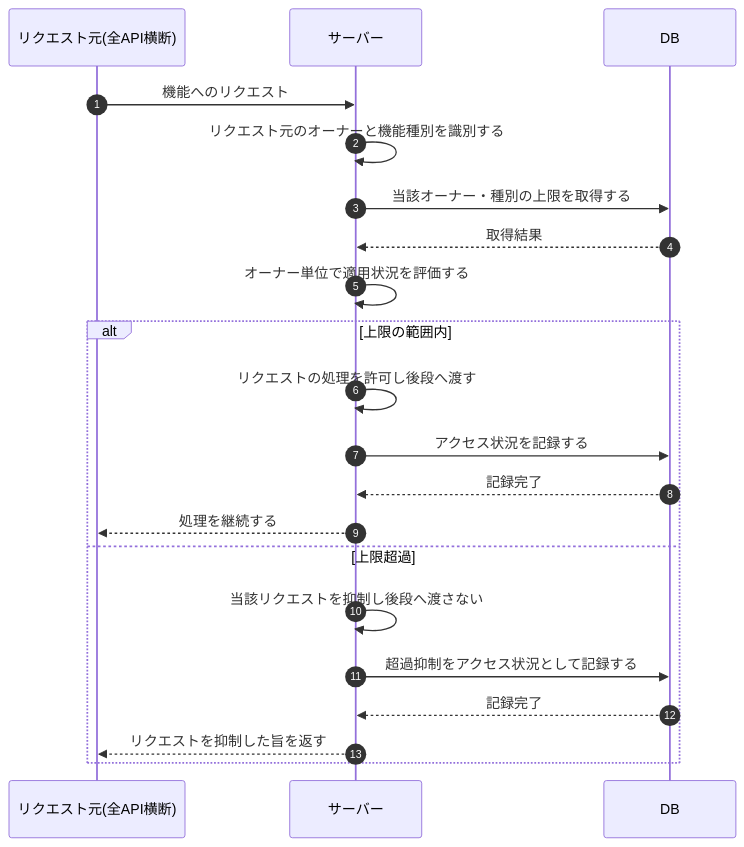
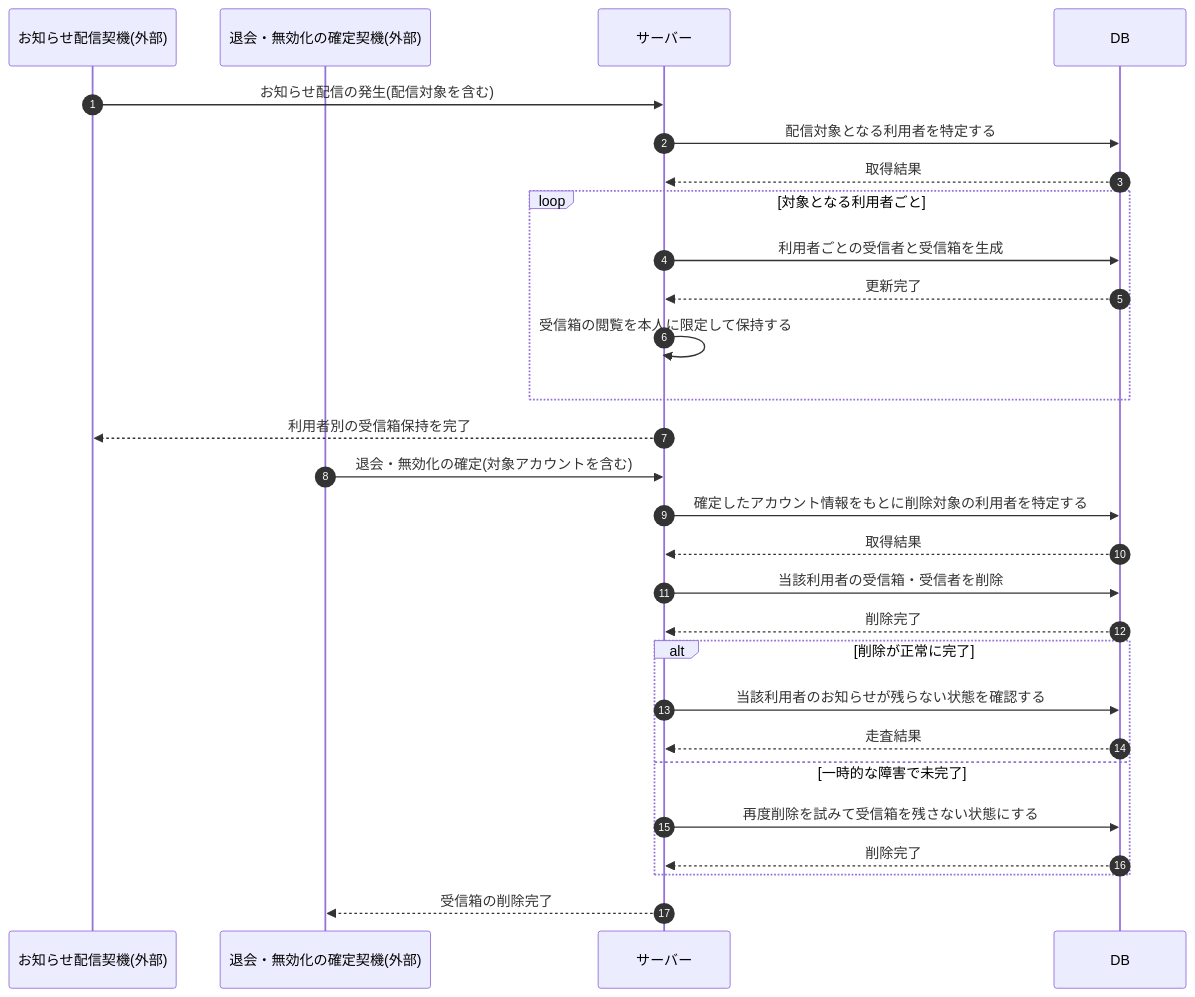
The diagram in 02_basic_design/03_sequences/SEQ-117.md (sikakou54/open-faq), drawn with Mermaid before and after one commit. The commit also changed other lines of this file and 395 other files, not shown here.

````diff
--- a/02_basic_design/03_sequences/SEQ-117.md
+++ b/02_basic_design/03_sequences/SEQ-117.md
@@ -25,23 +25,32 @@
 ```mermaid
 sequenceDiagram
   autonumber
-  participant Caller as リクエスト元(全API横断)
+  participant DLV as お知らせ配信契機(外部)
+  participant ACC as 退会・無効化の確定契機(外部)
   participant Server as サーバー
   participant DB as DB
-  Caller->>Server: 機能へのリクエスト
-  Server->>Server: リクエスト元のオーナーと機能種別を識別する
-  Server->>DB: 当該オーナー・種別の上限を取得する
+
+  DLV->>Server: お知らせ配信の発生(配信対象を含む)
+  Server->>DB: 配信対象となる利用者を特定する
   DB-->>Server: 取得結果
-  Server->>Server: オーナー単位で適用状況を評価する
-  alt 上限の範囲内
-    Server->>Server: リクエストの処理を許可し後段へ渡す
-    Server->>DB: アクセス状況を記録する
-    DB-->>Server: 記録完了
-    Server-->>Caller: 処理を継続する
-  else 上限超過
-    Server->>Server: 当該リクエストを抑制し後段へ渡さない
-    Server->>DB: 超過抑制をアクセス状況として記録する
-    DB-->>Server: 記録完了
-    Server-->>Caller: リクエストを抑制した旨を返す
+  loop 対象となる利用者ごと
+    Server->>DB: 利用者ごとの受信者と受信箱を生成
+    DB-->>Server: 更新完了
+    Server->>Server: 受信箱の閲覧を本人に限定して保持する
   end
+  Server-->>DLV: 利用者別の受信箱保持を完了
+
+  ACC->>Server: 退会・無効化の確定(対象アカウントを含む)
+  Server->>DB: 確定したアカウント情報をもとに削除対象の利用者を特定する
+  DB-->>Server: 取得結果
+  Server->>DB: 当該利用者の受信箱・受信者を削除
+  DB-->>Server: 削除完了
+  alt 削除が正常に完了
+    Server->>DB: 当該利用者のお知らせが残らない状態を確認する
+    DB-->>Server: 走査結果
+  else 一時的な障害で未完了
+    Server->>DB: 再度削除を試みて受信箱を残さない状態にする
+    DB-->>Server: 削除完了
+  end
+  Server-->>ACC: 受信箱の削除完了
 ```
````
